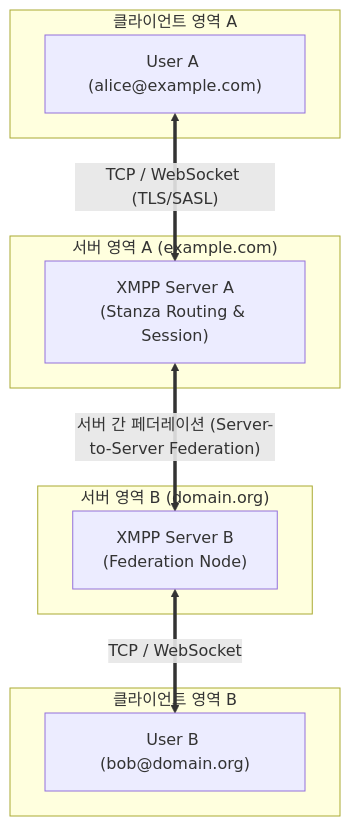
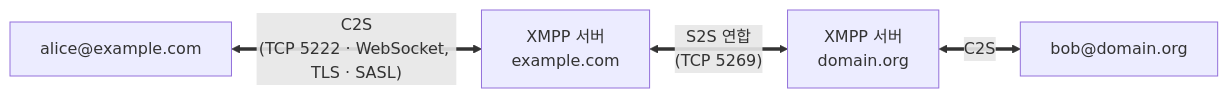
One commit to supremethumb/supremethumb.github.io changed the diagram in content/01_IT Tech/XMPP.md. Above: the diagram before and after it, drawn with Mermaid. The commit also changed other lines of this file and 1087 other files, not shown here.

````diff
--- a/content/01_IT Tech/XMPP.md
+++ b/content/01_IT Tech/XMPP.md
@@ -23,23 +36,6 @@
 ```mermaid
-flowchart TB
-    subgraph ClientA["클라이언트 영역 A"]
-        CA["User A (alice@example.com)"]
-    end
-
-    subgraph ServerA["서버 영역 A (example.com)"]
-        SDA["XMPP Server A<br/>(Stanza Routing & Session)"]
-    end
-
-    subgraph ServerB["서버 영역 B (domain.org)"]
-        SDB["XMPP Server B<br/>(Federation Node)"]
-    end
-
-    subgraph ClientB["클라이언트 영역 B"]
-        CB["User B (bob@domain.org)"]
-    end
-
-    CA <== "TCP / WebSocket (TLS/SASL)" ==> SDA
-    SDA <== "서버 간 페더레이션 (Server-to-Server Federation)" ==> SDB
-    SDB <== "TCP / WebSocket" ==> CB
-
+flowchart LR
+    CA["alice@example.com"] <== "C2S<br/>(TCP 5222 · WebSocket, TLS · SASL)" ==> SA["XMPP 서버<br/>example.com"]
+    SA <== "S2S 연합<br/>(TCP 5269)" ==> SB["XMPP 서버<br/>domain.org"]
+    SB <== "C2S" ==> CB["bob@domain.org"]
 ```
````
